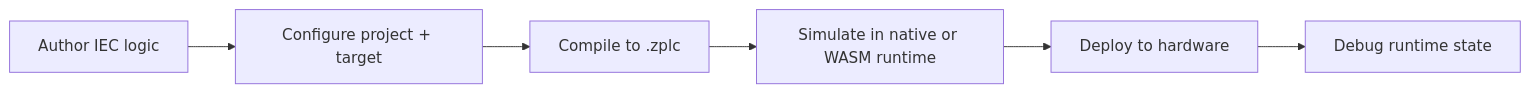
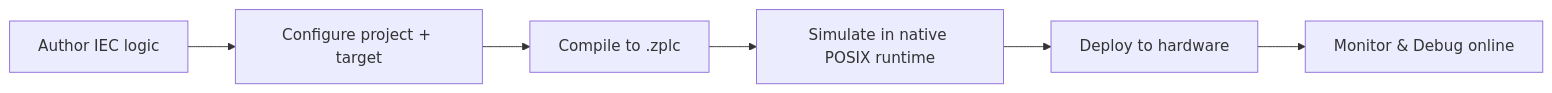
One commit to eduardojvieira/ZPLC changed the diagram in docs/docs/ide/index.md. Above: the diagram before and after it, drawn with Mermaid. The commit also changed other lines of this file and 55 other files, not shown here.

````diff
--- a/docs/docs/ide/index.md
+++ b/docs/docs/ide/index.md
@@ -29,8 +26,8 @@
 ```mermaid
 flowchart LR
   Author[Author IEC logic] --> Config[Configure project + target]
   Config --> Compile[Compile to .zplc]
-  Compile --> Sim[Simulate in native or WASM runtime]
+  Compile --> Sim[Simulate in native POSIX runtime]
   Sim --> Deploy[Deploy to hardware]
-  Deploy --> Debug[Debug runtime state]
+  Deploy --> Debug[Monitor & Debug online]
 ```
````
